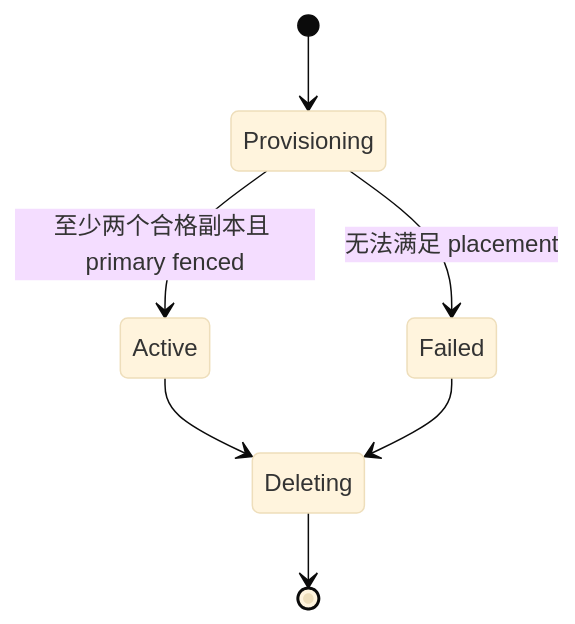
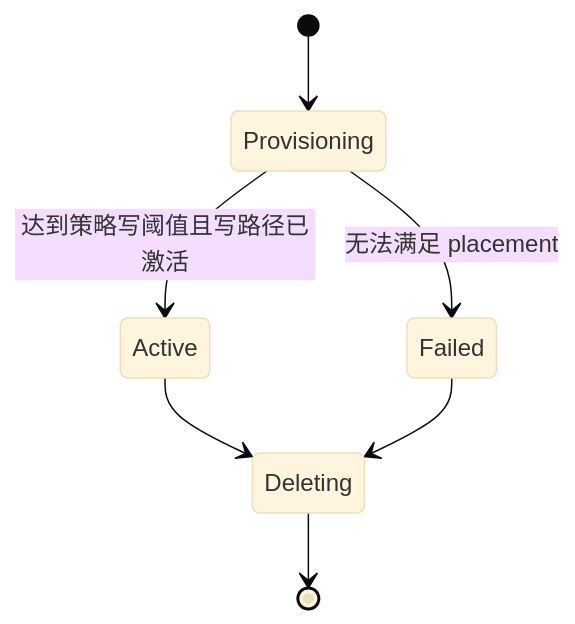
One commit to fanyang89/zettide-mono changed the third of 3 diagrams in docs/architecture/zh-CN/03-domain-model.md. Above: the diagram before and after it, drawn with Mermaid (base theme). The commit also changed other lines of this file and 15 other files, not shown here.

Commit message:
docs: define staged storage architecture

````diff
--- a/docs/architecture/zh-CN/03-domain-model.md
+++ b/docs/architecture/zh-CN/03-domain-model.md
@@ -128,9 +172,9 @@
 ```mermaid
 stateDiagram-v2
     [*] --> Provisioning
-    Provisioning --> Active: 至少两个合格副本且 primary fenced
+    Provisioning --> Active: 达到策略写阈值且写路径已激活
     Provisioning --> Failed: 无法满足 placement
     Active --> Deleting
     Failed --> Deleting
     Deleting --> [*]
 ```
````
